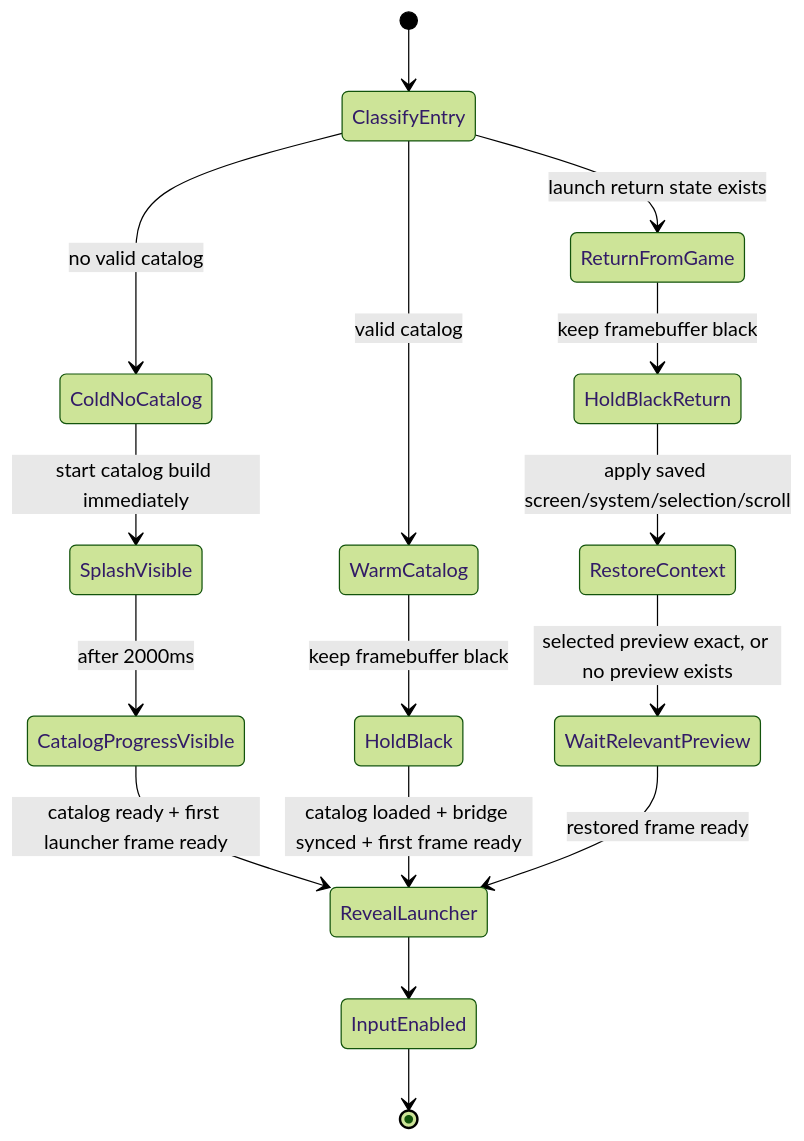
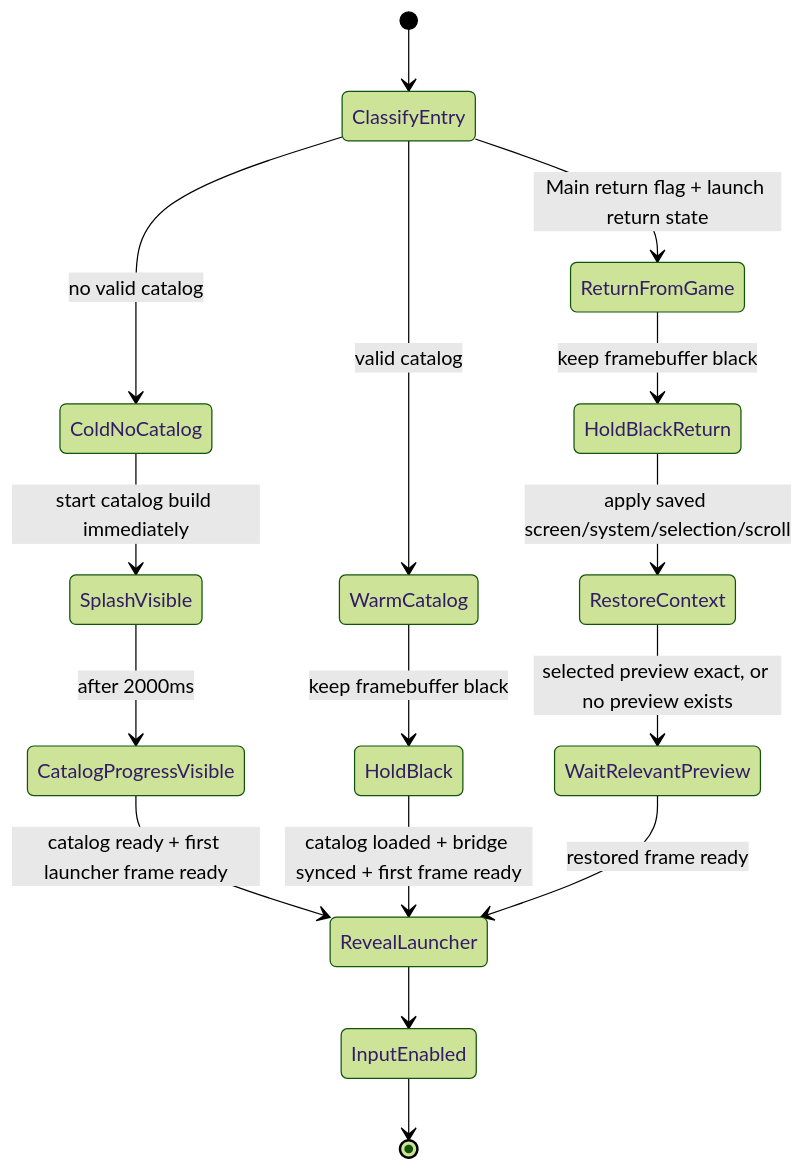
One commit to NigelBreslaw/MiSTer-MagiK changed the second of 3 diagrams in docs/architecture.md. Above: the diagram before and after it, drawn with Mermaid (forest theme). The commit also changed other lines of this file and 2 other files, not shown here.

First line of the commit message:
Require volatile Main return flag for launcher restore

````diff
--- a/docs/architecture.md
+++ b/docs/architecture.md
@@ -136,23 +136,23 @@
 ```mermaid
 stateDiagram-v2
     [*] --> ClassifyEntry
 
     ClassifyEntry --> ColdNoCatalog: no valid catalog
     ClassifyEntry --> WarmCatalog: valid catalog
-    ClassifyEntry --> ReturnFromGame: launch return state exists
+    ClassifyEntry --> ReturnFromGame: Main return flag + launch return state
 
     ColdNoCatalog --> SplashVisible: start catalog build immediately
     SplashVisible --> CatalogProgressVisible: after 2000ms
     CatalogProgressVisible --> RevealLauncher: catalog ready + first launcher frame ready
 
     WarmCatalog --> HoldBlack: keep framebuffer black
     HoldBlack --> RevealLauncher: catalog loaded + bridge synced + first frame ready
 
     ReturnFromGame --> HoldBlackReturn: keep framebuffer black
     HoldBlackReturn --> RestoreContext: apply saved screen/system/selection/scroll
     RestoreContext --> WaitRelevantPreview: selected preview exact, or no preview exists
     WaitRelevantPreview --> RevealLauncher: restored frame ready
 
     RevealLauncher --> InputEnabled
     InputEnabled --> [*]
 ```
````
